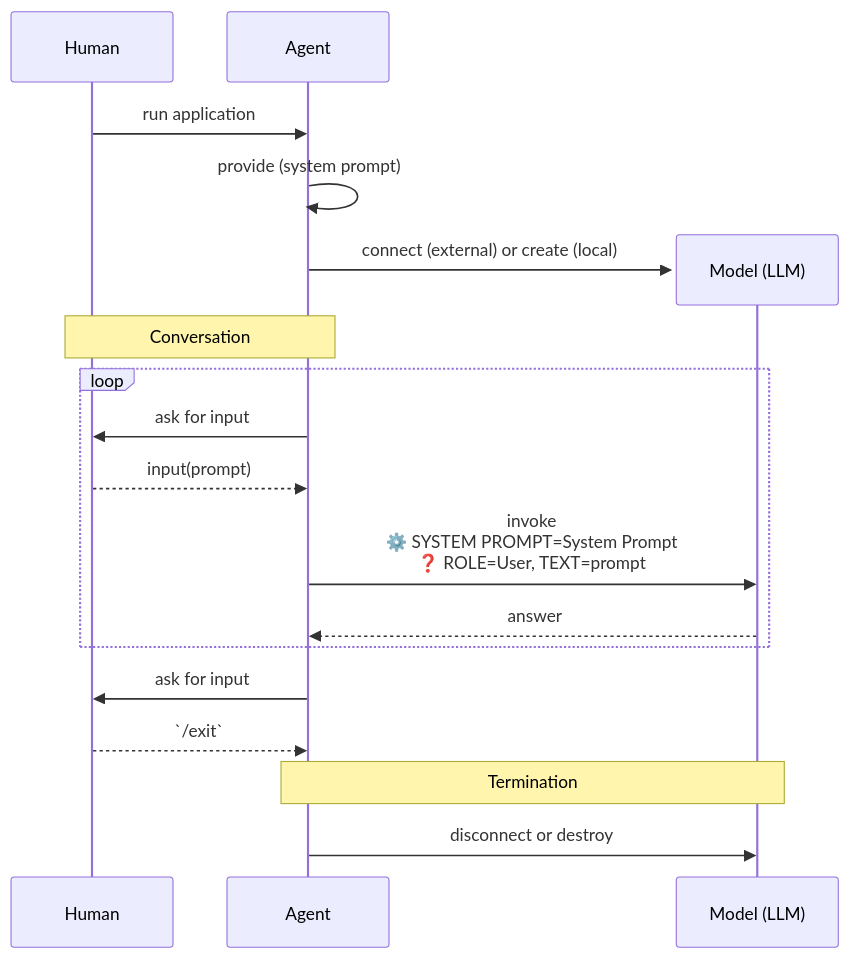
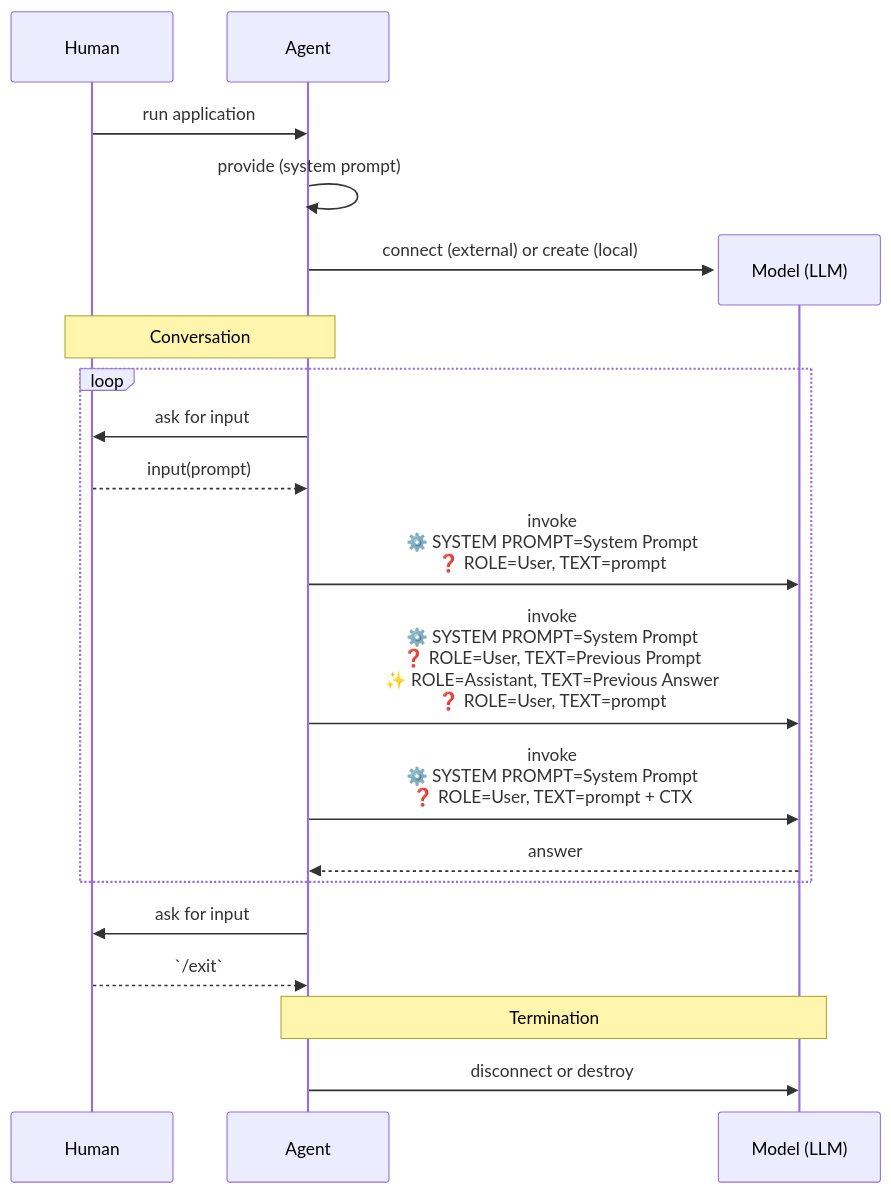
Before and after one commit to developer-jutra/dj-course: the diagram in M1/sequence-diagrams/1.agent-loop.mermaid, drawn with Mermaid. The commit also changed 4 other files, not shown here.

```diff
--- a/M1/sequence-diagrams/1.agent-loop.mermaid
+++ b/M1/sequence-diagrams/1.agent-loop.mermaid
@@ -1,30 +1,29 @@
 sequenceDiagram
     participant H as Human
     participant A as Agent
     
     H ->> A: run application
     A ->> A: provide (system prompt)
     
     create participant M as Model (LLM)
     A ->> M: connect (external) or create (local)
 
     Note over H, A: Conversation
     loop
         A ->> H: ask for input
         H -->> A: input(prompt)
-        A ->> M: invoke<br />⚙️ SYSTEM PROMPT=System Prompt<br/>❓ ROLE=User, TEXT=prompt
+        A ->> M: invoke<br/>⚙️ SYSTEM PROMPT=System Prompt<br/>❓ ROLE=User, TEXT=prompt
         
         %% NEXT TURN:
-        %% A ->> M: invoke<br />⚙️ SYSTEM PROMPT=System Prompt<br/>❓ ROLE=User, TEXT=Previous Prompt<br/>✨ ROLE=Assistant, TEXT=Previous Answer<br/>❓ ROLE=User, TEXT=prompt
+        A ->> M: invoke<br/>⚙️ SYSTEM PROMPT=System Prompt<br/>❓ ROLE=User, TEXT=Previous Prompt<br/>✨ ROLE=Assistant, TEXT=Previous Answer<br/>❓ ROLE=User, TEXT=prompt
 
         %% WITH CONTEXT:
-        %% A ->> M: invoke<br />⚙️ SYSTEM PROMPT=System Prompt + CTX<br/>❓ ROLE=User, TEXT=prompt
-        %% A ->> M: invoke<br />⚙️ SYSTEM PROMPT=System Prompt<br/>❓ ROLE=User, TEXT=prompt + CTX
+        A ->> M: invoke<br/>⚙️ SYSTEM PROMPT=System Prompt<br/>❓ ROLE=User, TEXT=prompt + CTX
         M -->> A: answer
     end
 
     A ->> H: ask for input
     H -->> A: `/exit`
     Note over A, M: Termination
     A ->> M: disconnect or destroy
     destroy M
```
